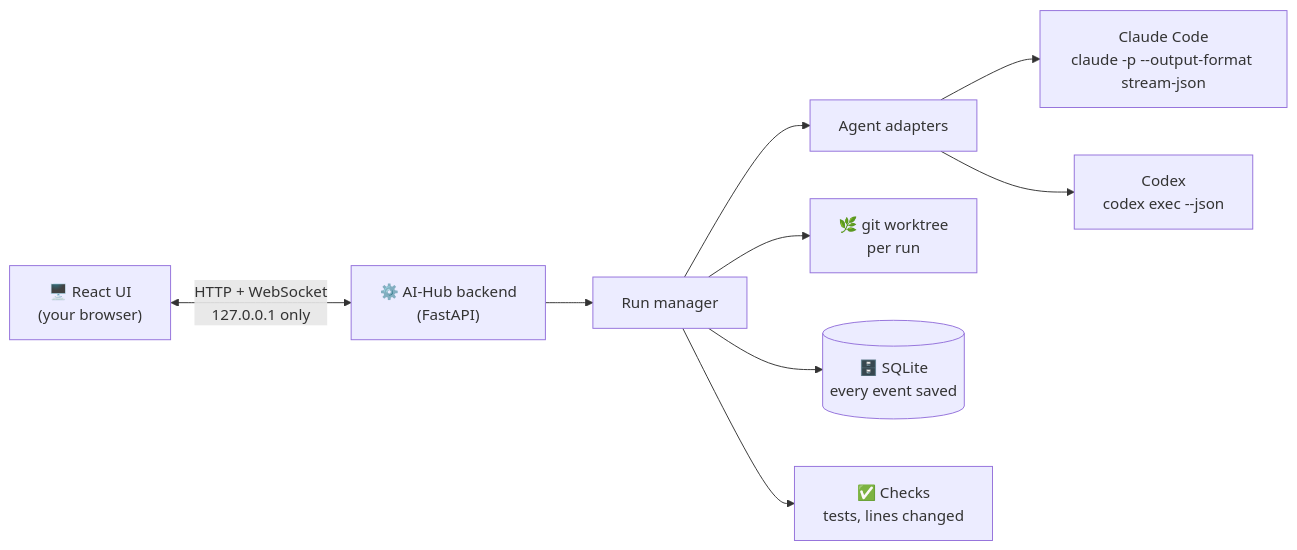
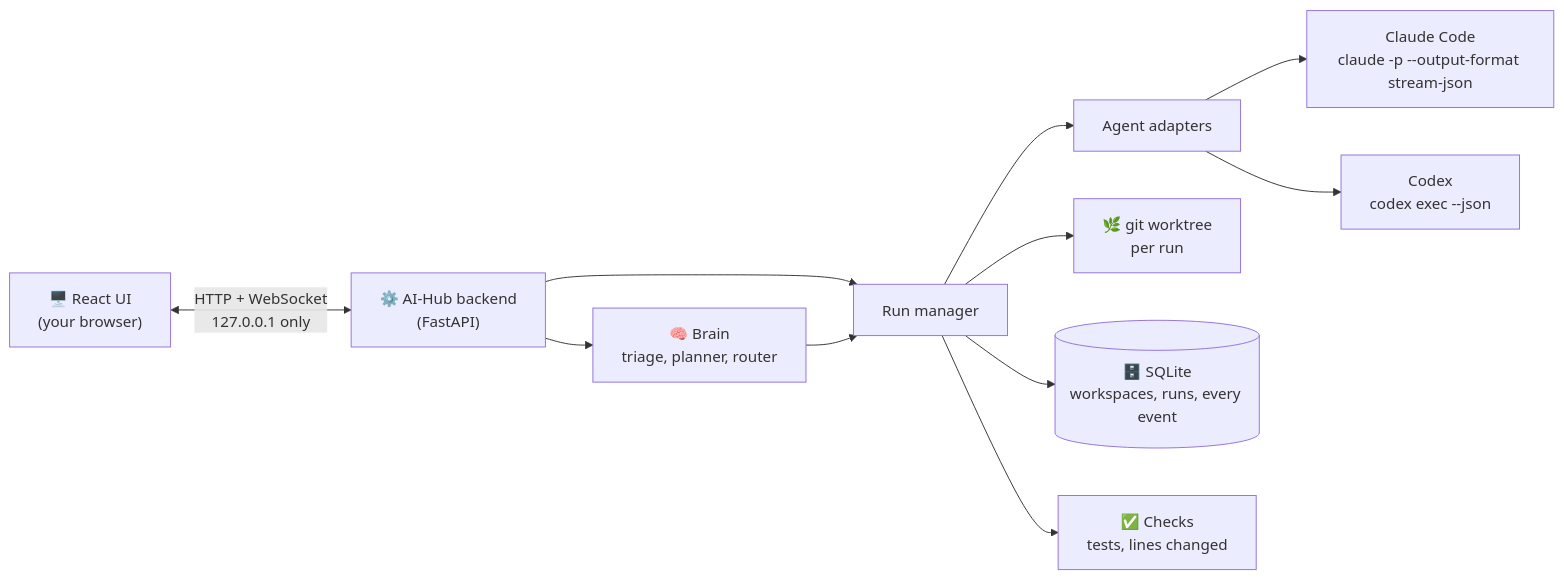
Before and after one commit to vashisthaharshit/AI-hub: the second of 2 diagrams in README.md, drawn with Mermaid. The commit also changed other lines of this file and 4 other files, not shown here.

Commit message:
Docs: README, CONTRIBUTING and frontend README for workspaces, the Brain and Apps (v0.3.0)

````diff
--- a/README.md
+++ b/README.md
@@ -138,11 +195,13 @@
 ```mermaid
 flowchart LR
     UI["🖥️ React UI<br/>(your browser)"] <-- "HTTP + WebSocket<br/>127.0.0.1 only" --> API["⚙️ AI-Hub backend<br/>(FastAPI)"]
+    API --> BR["🧠 Brain<br/>triage, planner, router"]
     API --> RM["Run manager"]
+    BR --> RM
     RM --> AD["Agent adapters"]
     AD --> CC["Claude Code<br/>claude -p --output-format stream-json"]
     AD --> CX["Codex<br/>codex exec --json"]
     RM --> WT["🌿 git worktree<br/>per run"]
-    RM --> DB[("🗄️ SQLite<br/>every event saved")]
+    RM --> DB[("🗄️ SQLite<br/>workspaces, runs, every event")]
     RM --> CK["✅ Checks<br/>tests, lines changed"]
 ```
````
